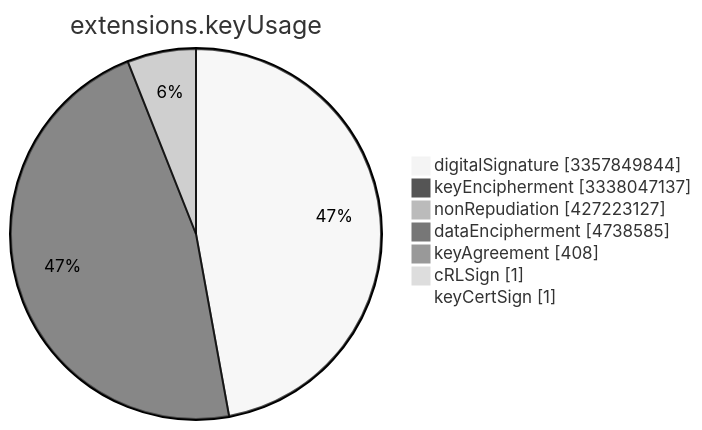
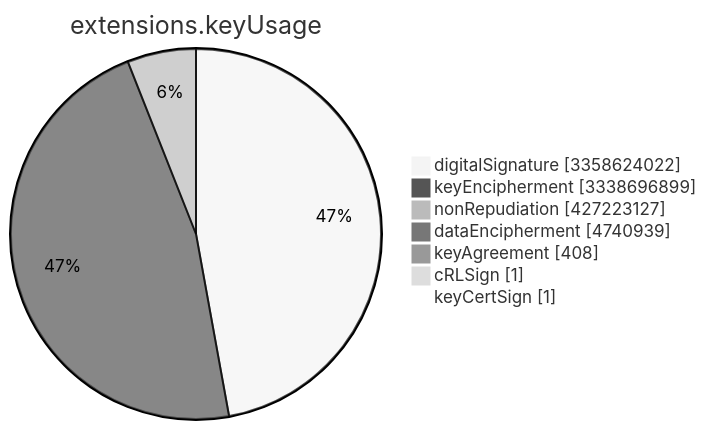
One commit to christiankrug/ctmonitor_visualization changed the sixth of 15 diagrams in TOTAL/README.md. Above: the diagram before and after it, drawn with Mermaid (neutral theme). The commit also changed other lines of this file, not shown here.

````diff
--- a/TOTAL/README.md
+++ b/TOTAL/README.md
@@ -3079,11 +3079,11 @@
 ```mermaid
 pie showData
 title extensions.keyUsage
-"digitalSignature" :3357849844
-"keyEncipherment" :3338047137
+"digitalSignature" :3358624022
+"keyEncipherment" :3338696899
 "nonRepudiation" :427223127
-"dataEncipherment" :4738585
+"dataEncipherment" :4740939
 "keyAgreement" :408
 "cRLSign" :1
 "keyCertSign" :1
 ```
````
